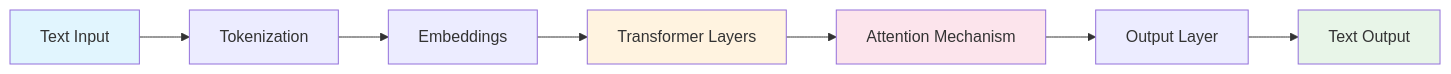
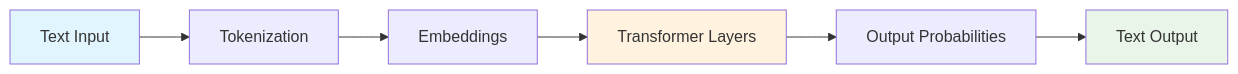
One commit to twardoch/twardoch-is-coding changed the first of 3 diagrams in src_slides/slides.md. Above: the diagram before and after it, drawn with Mermaid. The commit also changed other lines of this file and 12 other files, not shown here.

````diff
--- a/src_slides/slides.md
+++ b/src_slides/slides.md
@@ -48,14 +68,12 @@
 ```mermaid
 graph LR
     A[Text Input] --> B[Tokenization]
     B --> C[Embeddings]
     C --> D[Transformer Layers]
-    D --> E[Attention Mechanism]
-    E --> F[Output Layer]
-    F --> G[Text Output]
+    D --> E[Output Probabilities]
+    E --> F[Text Output]
     
     style A fill:#e1f5fe
-    style G fill:#e8f5e8
+    style F fill:#e8f5e8
     style D fill:#fff3e0
-    style E fill:#fce4ec
 ```
````
